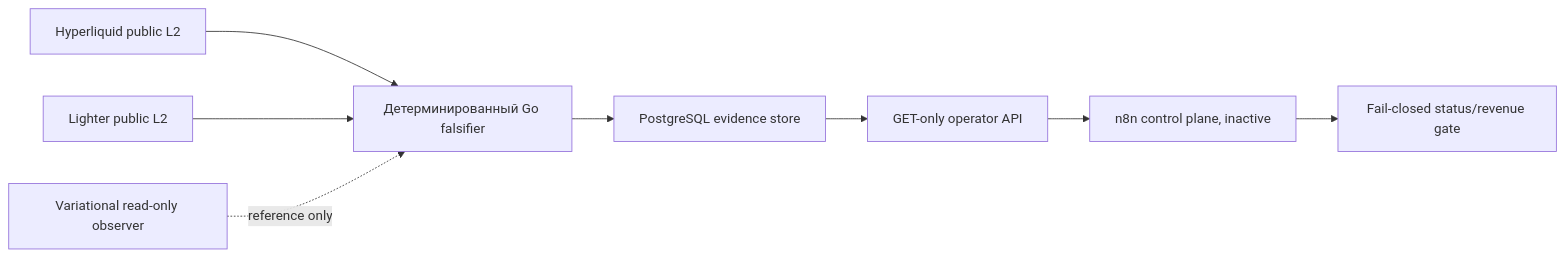
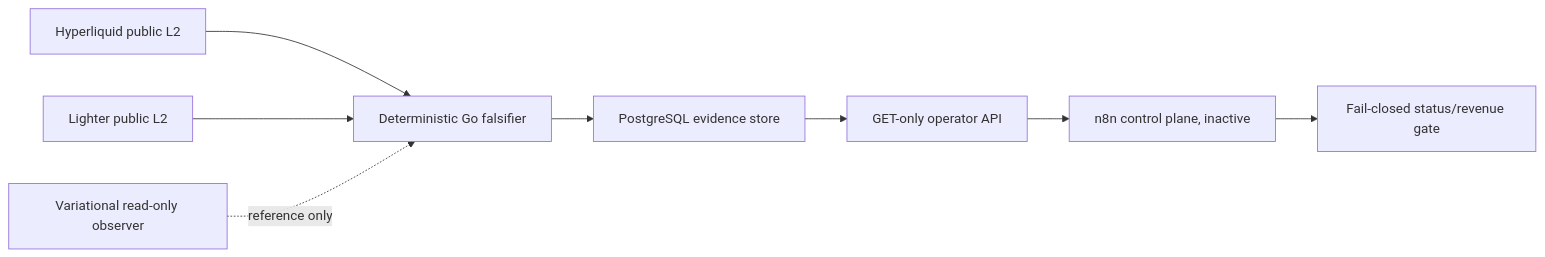
One commit to Dimkox/liqvera changed the diagram in docs/archive/handoff/handoff-through-2026-08-09.md. Above: the diagram before and after it, drawn with Mermaid. The commit also changed other lines of this file and 25 other files, not shown here.

````diff
--- a/docs/archive/handoff/handoff-through-2026-08-09.md
+++ b/docs/archive/handoff/handoff-through-2026-08-09.md
@@ -1595,10 +1593,10 @@
 ```mermaid
 flowchart LR
-    HL["Hyperliquid public L2"] --> GO["Детерминированный Go falsifier"]
+    HL["Hyperliquid public L2"] --> GO["Deterministic Go falsifier"]
     LI["Lighter public L2"] --> GO
     VA["Variational read-only observer"] -. "reference only" .-> GO
     GO --> PG["PostgreSQL evidence store"]
     PG --> API["GET-only operator API"]
     API --> N8N["n8n control plane, inactive"]
     N8N --> GATE["Fail-closed status/revenue gate"]
 ```
````
